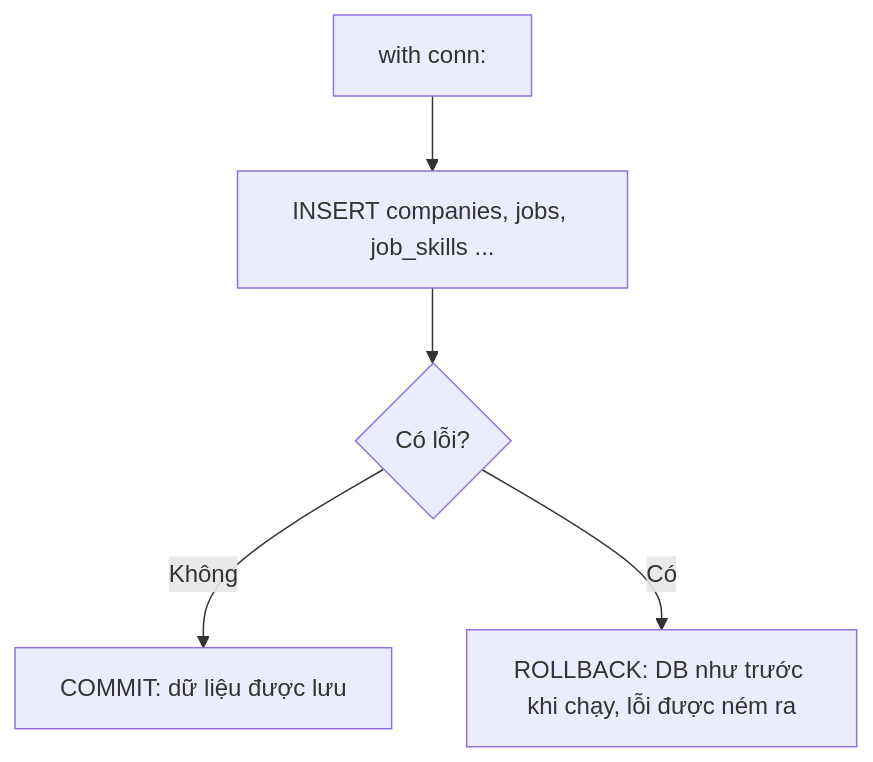
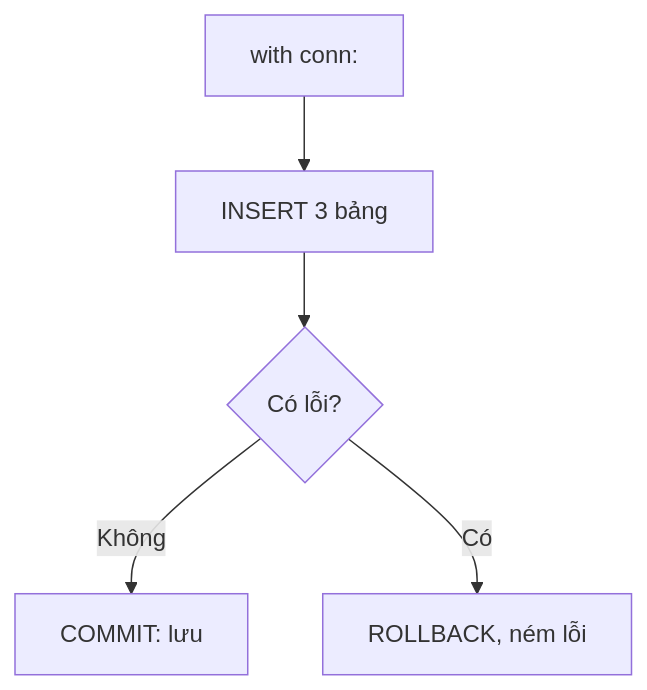
The third of 4 diagrams in academy/curriculum/L08-mo-hinh-hoa-sqlite/lesson.md (ht-nah98/ai-academy), drawn with Mermaid before and after one commit. The commit also changed other lines of this file and 54 other files, not shown here.

````diff
--- a/academy/curriculum/L08-mo-hinh-hoa-sqlite/lesson.md
+++ b/academy/curriculum/L08-mo-hinh-hoa-sqlite/lesson.md
@@ -101,7 +101,7 @@
 ```mermaid
 flowchart TD
-    A["with conn:"] --> B["INSERT companies, jobs, job_skills ..."]
+    A["with conn:"] --> B["INSERT 3 bảng"]
     B --> C{"Có lỗi?"}
-    C -- "Không" --> D["COMMIT: dữ liệu được lưu"]
-    C -- "Có" --> E["ROLLBACK: DB như trước khi chạy, lỗi được ném ra"]
+    C -- "Không" --> D["COMMIT: lưu"]
+    C -- "Có" --> E["ROLLBACK, ném lỗi"]
 ```
````
